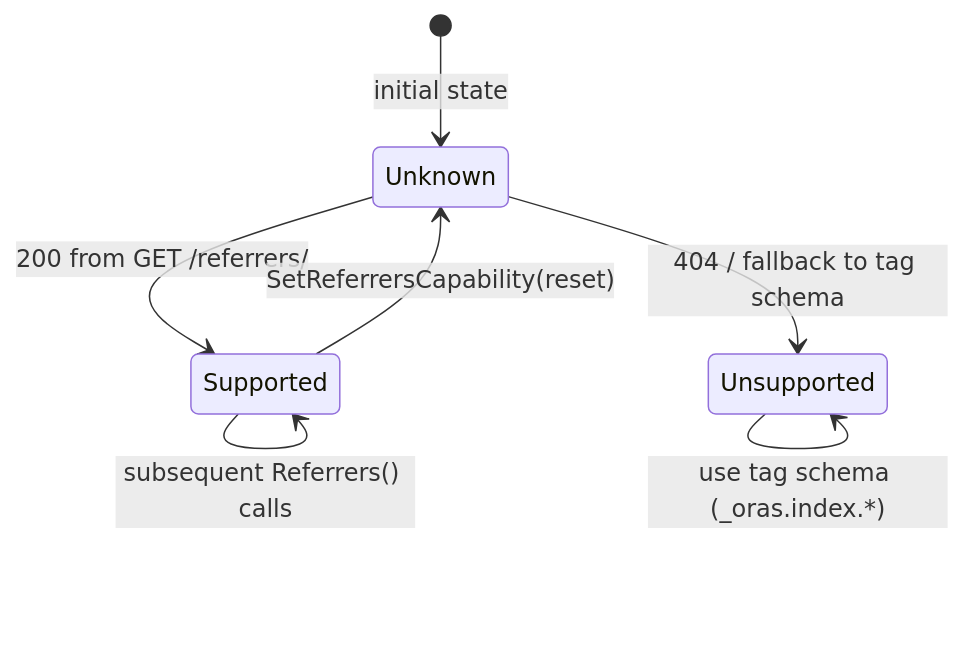
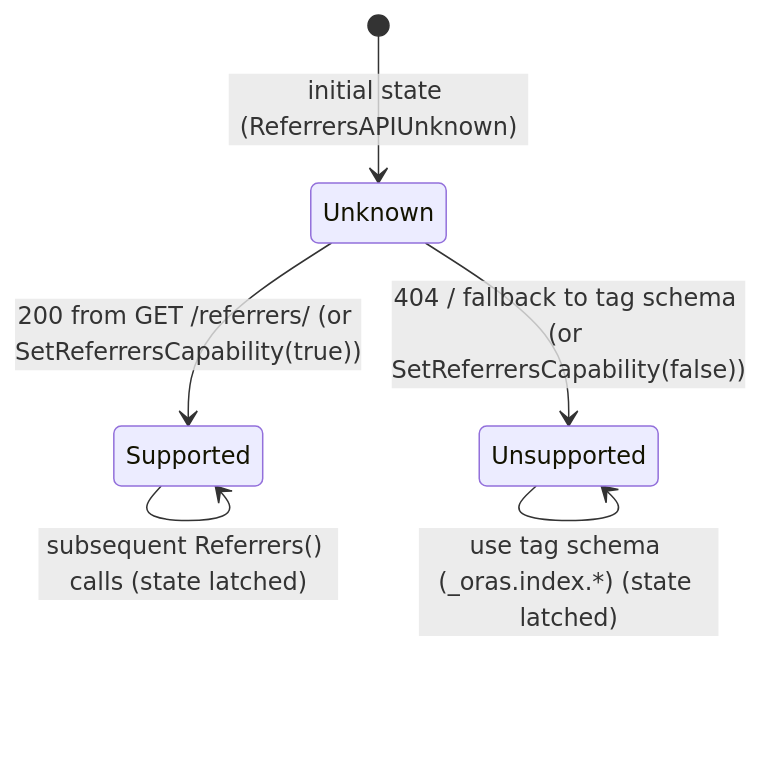
Before and after one commit to oras-project/oras-go: diagram 11 of 11 in docs/design/registry-v3-design.md, drawn with Mermaid. The commit also changed other lines of this file, not shown here.

````diff
--- a/docs/design/registry-v3-design.md
+++ b/docs/design/registry-v3-design.md
@@ -432,9 +433,8 @@
 ```mermaid
 stateDiagram-v2
-    [*] --> Unknown : initial state
-    Unknown --> Supported : 200 from GET /referrers/
-    Unknown --> Unsupported : 404 / fallback to tag schema
-    Supported --> Supported : subsequent Referrers() calls
-    Unsupported --> Unsupported : use tag schema (_oras.index.*)
-    Supported --> Unknown : SetReferrersCapability(reset)
+    [*] --> Unknown : initial state (ReferrersAPIUnknown)
+    Unknown --> Supported : 200 from GET /referrers/ (or SetReferrersCapability(true))
+    Unknown --> Unsupported : 404 / fallback to tag schema (or SetReferrersCapability(false))
+    Supported --> Supported : subsequent Referrers() calls (state latched)
+    Unsupported --> Unsupported : use tag schema (_oras.index.*) (state latched)
 ```
````
